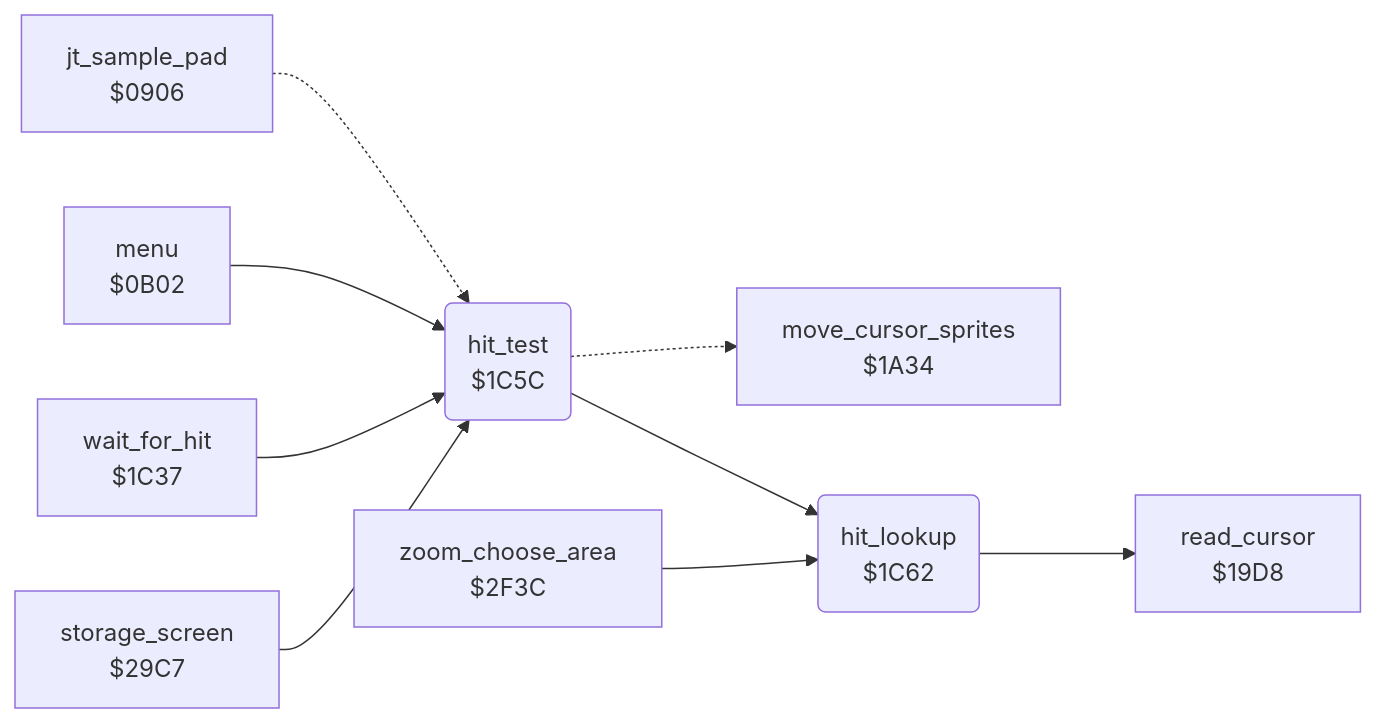
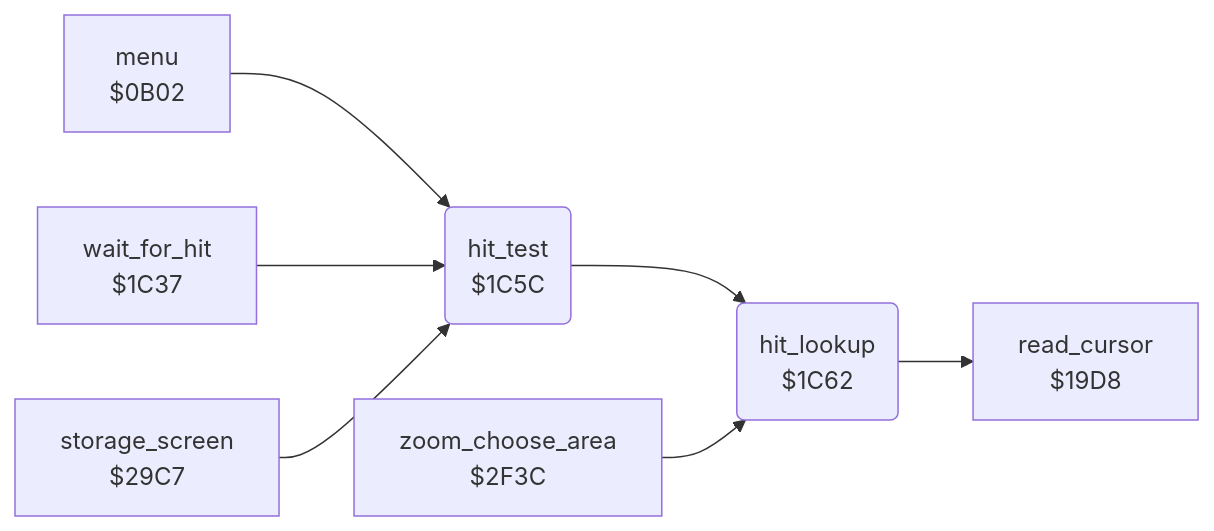
One commit to henols/c64_games changed the diagram in koala_painter/v1/docs/reference/modules/input/hit_test_1c5a.md. Above: the diagram before and after it, drawn with Mermaid. The commit also changed other lines of this file and 1100 other files, not shown here.

````diff
--- a/koala_painter/v1/docs/reference/modules/input/hit_test_1c5a.md
+++ b/koala_painter/v1/docs/reference/modules/input/hit_test_1c5a.md
@@ -10,20 +18,16 @@
 ```mermaid
 flowchart LR
-  n0906["jt_sample_pad<br/>$0906"]
   n0b02["menu<br/>$0B02"]
   n19d8["read_cursor<br/>$19D8"]
-  n1a34["move_cursor_sprites<br/>$1A34"]
   n1c37["wait_for_hit<br/>$1C37"]
   n1c5c("hit_test<br/>$1C5C")
   n1c62("hit_lookup<br/>$1C62")
   n29c7["storage_screen<br/>$29C7"]
   n2f3c["zoom_choose_area<br/>$2F3C"]
-  n0906 -.-> n1c5c
   n0b02 --> n1c5c
   n1c37 --> n1c5c
-  n1c5c -.-> n1a34
   n1c5c --> n1c62
   n1c62 --> n19d8
   n29c7 --> n1c5c
   n2f3c --> n1c62
 ```
````
